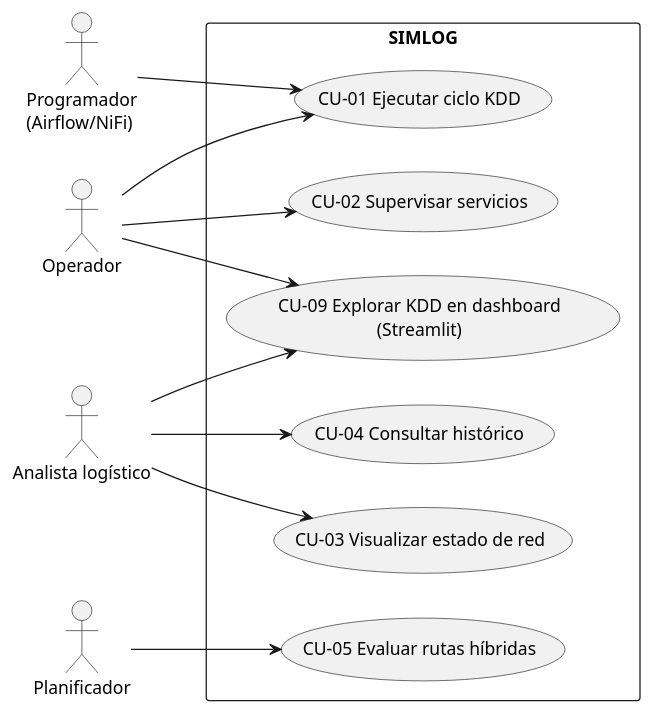
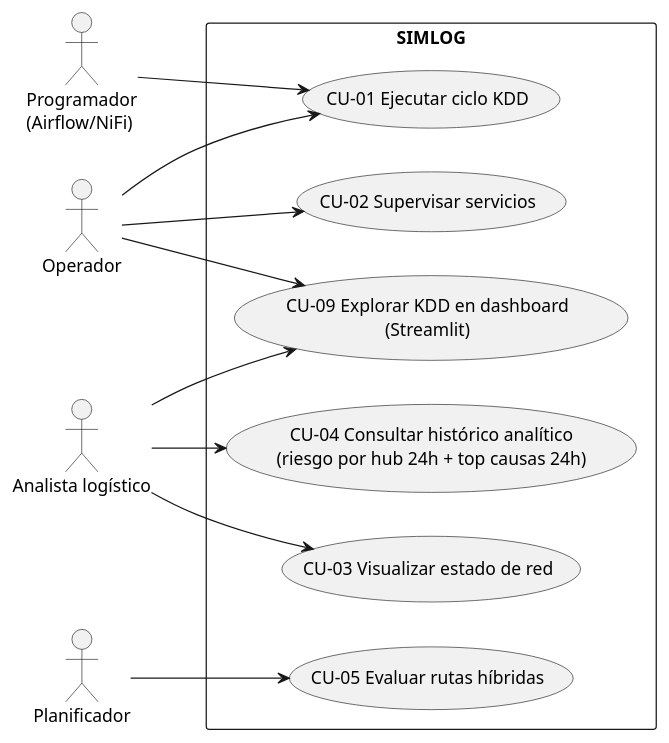
The diagram in docs/uml/casos_uso_simlog.puml (gracobjo/proyecto_transporte_global_standalone), drawn with PlantUML before and after one commit. The commit also changed 17 other files, not shown here.

```diff
--- a/docs/uml/casos_uso_simlog.puml
+++ b/docs/uml/casos_uso_simlog.puml
@@ -1,28 +1,28 @@
 @startuml
 left to right direction
 skinparam packageStyle rectangle
 
 actor "Operador" as Operador
 actor "Analista logístico" as Analista
 actor "Planificador" as Planificador
 actor "Programador\n(Airflow/NiFi)" as Scheduler
 
 rectangle "SIMLOG" {
   usecase "CU-01 Ejecutar ciclo KDD" as CU1
   usecase "CU-02 Supervisar servicios" as CU2
   usecase "CU-03 Visualizar estado de red" as CU3
-  usecase "CU-04 Consultar histórico" as CU4
+  usecase "CU-04 Consultar histórico analítico\n(riesgo por hub 24h + top causas 24h)" as CU4
   usecase "CU-05 Evaluar rutas híbridas" as CU5
   usecase "CU-09 Explorar KDD en dashboard\n(Streamlit)" as CU9
 }
 
 Operador --> CU2
 Operador --> CU1
 Operador --> CU9
 Analista --> CU3
 Analista --> CU4
 Analista --> CU9
 Planificador --> CU5
 Scheduler --> CU1
 
 @enduml
```
